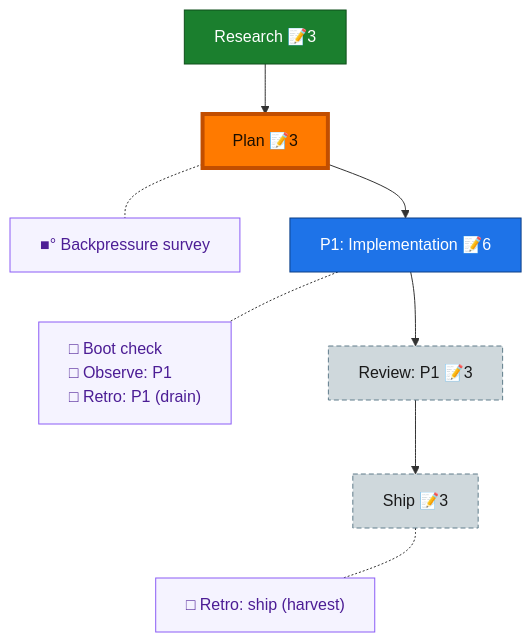
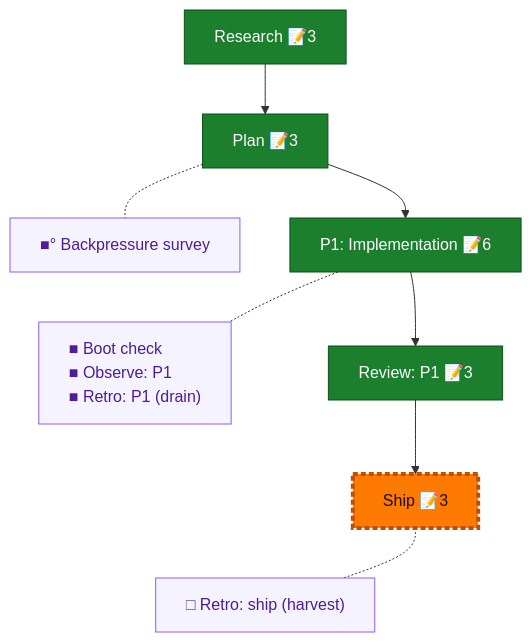
One commit to vaughanknight/pij changed the diagram in docs/plans/076-pij-chore-primitive/the-flow.md. Above: the diagram before and after it, drawn with Mermaid. The commit also changed other lines of this file and 2 other files, not shown here.

````diff
--- a/docs/plans/076-pij-chore-primitive/the-flow.md
+++ b/docs/plans/076-pij-chore-primitive/the-flow.md
@@ -8,29 +8,28 @@
 ```mermaid
 flowchart TD
     research["Research 📝3"]:::done
     plan["Plan 📝3"]:::done
-    phase_1["P1: Implementation 📝6"]:::known
-    review_1["Review: P1 📝3"]:::assumed
+    phase_1["P1: Implementation 📝6"]:::done
+    review_1["Review: P1 📝3"]:::done
     ship["Ship 📝3"]:::assumed
 
     research --> plan --> phase_1 --> review_1 --> ship
 
     planC["■° Backpressure survey"]:::chore
-    phase_1C["□ Boot check<br/>□ Observe: P1<br/>□ Retro: P1 (drain)"]:::chore
+    phase_1C["■ Boot check<br/>■ Observe: P1<br/>■ Retro: P1 (drain)"]:::chore
     shipC["□ Retro: ship (harvest)"]:::chore
 
     %% invisible chain holds the gutter boxes in their own column
     planC ~~~ phase_1C ~~~ shipC
 
     %% dotted links pull each gutter box beside its node
     plan -.- planC
     phase_1 -.- phase_1C
     ship -.- shipC
 
     classDef done fill:#1B7F2E,stroke:#0F4F1B,color:#fff;
-    classDef known fill:#1E73E8,stroke:#0D3F86,color:#fff;
     classDef assumed fill:#CFD8DC,stroke:#607D8B,color:#1a1a1a,stroke-dasharray:5 3;
     classDef chore fill:#f5f3ff,stroke:#8b5cf6,color:#4c1d95,text-align:left;
     classDef current fill:#FF7A00,stroke:#C24E00,color:#1a0e00,stroke-width:4px;
-    class plan current;
+    class ship current;
 ```
````
